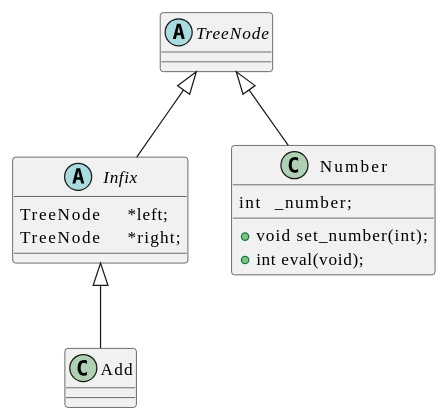
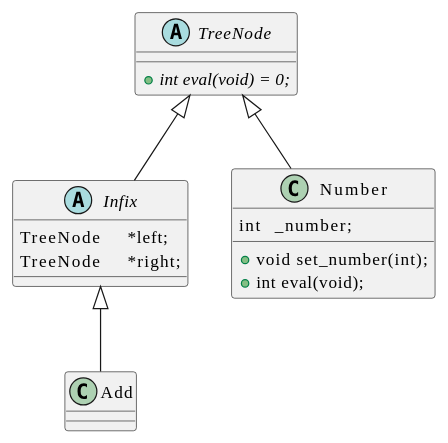
Diagram 12 of 12 in assets/README.adoc (t-h2o/parsmath), drawn with PlantUML before and after one commit. The commit also changed 5 other files, not shown here.

```diff
--- a/assets/README.adoc
+++ b/assets/README.adoc
@@ -168,23 +168,25 @@
 [plantuml, target=program_class, format=svg, width=100%]
 ....
 @startuml
 skinparam defaultFontName JetBrains Mono
 
-abstract TreeNode
+abstract TreeNode {
+  +{abstract} int eval(void) = 0;
+}
 abstract Infix {
   TreeNode	*left;
   TreeNode	*right;
 }
 class Add
 class Number {
   int	_number;
   +void set_number(int);
   +int eval(void);
 }
 
 TreeNode <|-- Infix
 TreeNode <|-- Number
 Infix <|-- Add
 
 @enduml
 ....
```
